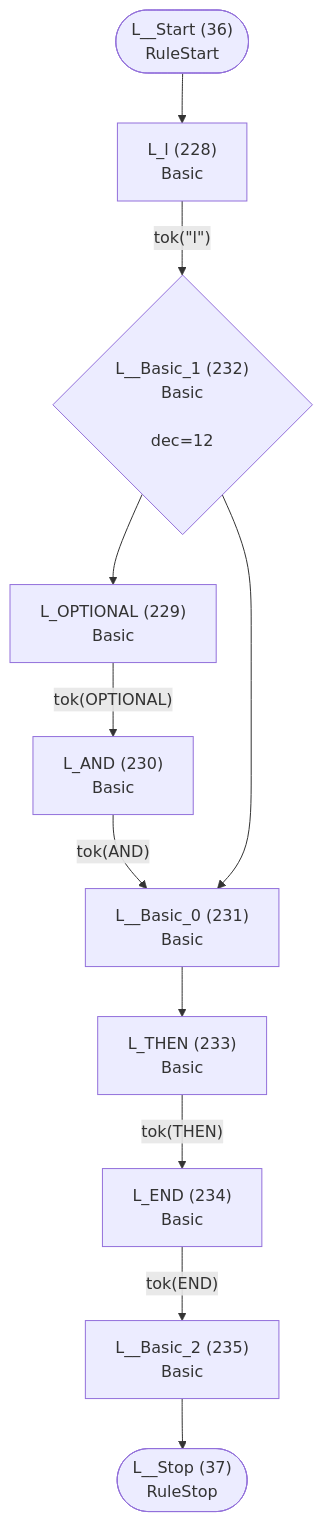
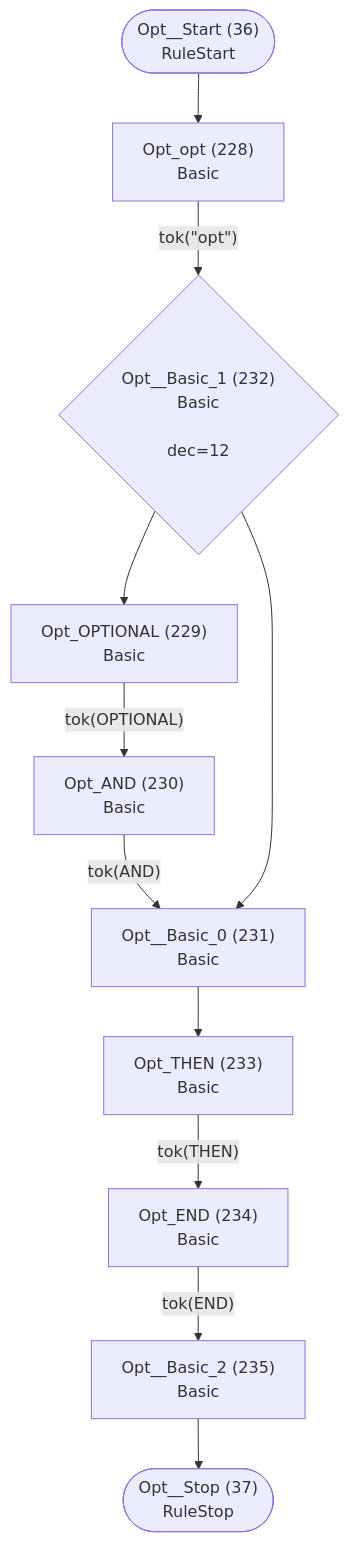
Before and after one commit to TypeFox/fastbelt: diagram 19 of 41 in internal/languages/completion/atn.md, drawn with Mermaid. The commit also changed other lines of this file and 11 other files, not shown here.

````diff
--- a/internal/languages/completion/atn.md
+++ b/internal/languages/completion/atn.md
@@ -512,24 +512,24 @@
 ```mermaid
 flowchart TD
-    q36(["L__Start (36)<br/>RuleStart"])
-    q37(["L__Stop (37)<br/>RuleStop"])
-    q228["L_l (228)<br/>Basic<br/>"]
-    q229["L_OPTIONAL (229)<br/>Basic<br/>"]
-    q230["L_AND (230)<br/>Basic<br/>"]
-    q231["L__Basic_0 (231)<br/>Basic<br/>"]
-    q232{"L__Basic_1 (232)<br/>Basic<br/><br/>dec=12"}
-    q233["L_THEN (233)<br/>Basic<br/>"]
-    q234["L_END (234)<br/>Basic<br/>"]
-    q235["L__Basic_2 (235)<br/>Basic<br/>"]
+    q36(["Opt__Start (36)<br/>RuleStart"])
+    q37(["Opt__Stop (37)<br/>RuleStop"])
+    q228["Opt_opt (228)<br/>Basic<br/>"]
+    q229["Opt_OPTIONAL (229)<br/>Basic<br/>"]
+    q230["Opt_AND (230)<br/>Basic<br/>"]
+    q231["Opt__Basic_0 (231)<br/>Basic<br/>"]
+    q232{"Opt__Basic_1 (232)<br/>Basic<br/><br/>dec=12"}
+    q233["Opt_THEN (233)<br/>Basic<br/>"]
+    q234["Opt_END (234)<br/>Basic<br/>"]
+    q235["Opt__Basic_2 (235)<br/>Basic<br/>"]
 
     q36 --> q228
-    q228 -->|"tok(&quot;l&quot;)"| q232
+    q228 -->|"tok(&quot;opt&quot;)"| q232
     q229 -->|"tok(OPTIONAL)"| q230
     q230 -->|"tok(AND)"| q231
     q231 --> q233
     q232 --> q229
     q232 --> q231
     q233 -->|"tok(THEN)"| q234
     q234 -->|"tok(END)"| q235
     q235 --> q37
 ```
````
